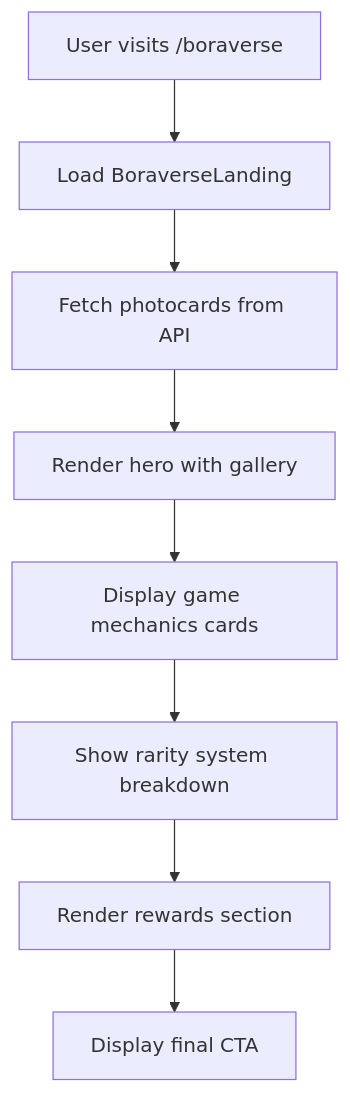
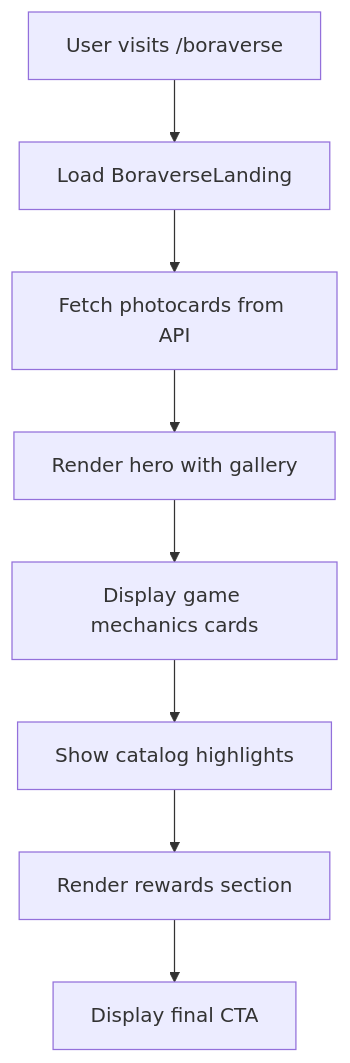
The second of 2 diagrams in docs/features/landing-pages.md (NoobSambit/ARMYVERSE2), drawn with Mermaid before and after one commit. The commit also changed other lines of this file and 76 other files, not shown here.

````diff
--- a/docs/features/landing-pages.md
+++ b/docs/features/landing-pages.md
@@ -183,10 +173,10 @@
 ```mermaid
 graph TD
     A[User visits /boraverse] --> B[Load BoraverseLanding]
     B --> C[Fetch photocards from API]
     C --> D[Render hero with gallery]
     D --> E[Display game mechanics cards]
-    E --> F[Show rarity system breakdown]
+    E --> F[Show catalog highlights]
     F --> G[Render rewards section]
     G --> H[Display final CTA]
 ```
````
